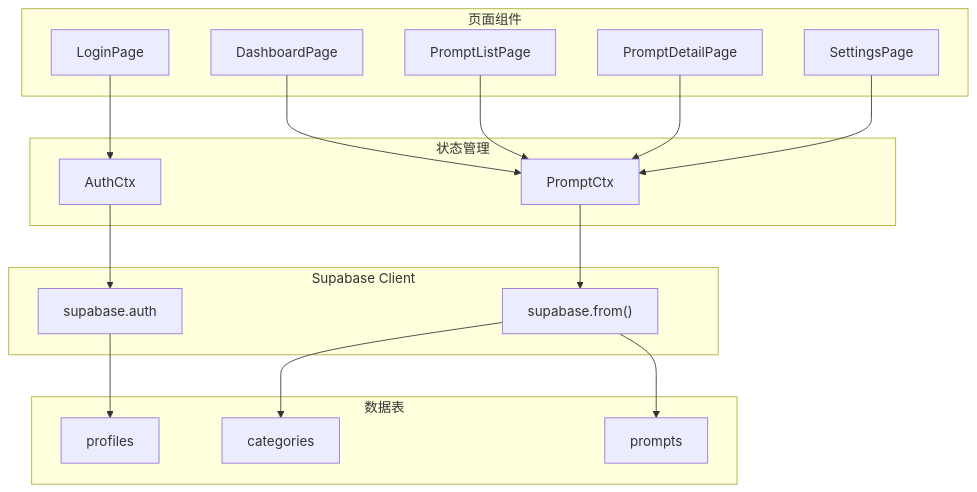
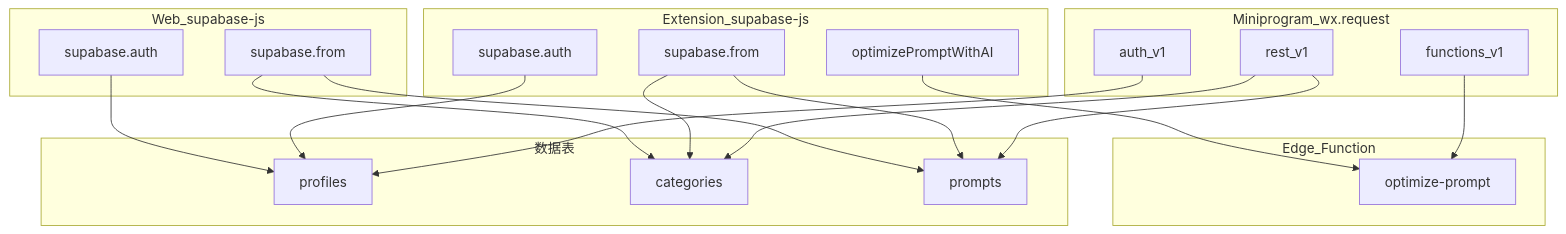
The sixth of 7 diagrams in note/module.mmd (longlong007/PromptsManager), drawn with Mermaid before and after one commit. The commit also changed other lines of this file and 4 other files, not shown here.

Commit message:
doc：修改架构图，模块依赖图，目录树

````diff
--- a/note/module.mmd
+++ b/note/module.mmd
@@ -203,39 +231,38 @@
 ```mermaid
 flowchart TD
-    subgraph Pages["页面组件"]
-        LoginPage
-        DashboardPage
-        PromptListPage
-        PromptDetailPage
-        SettingsPage
+    subgraph WebOps[Web_supabase-js]
+        WAuth[supabase.auth]
+        WDB[supabase.from]
     end
 
-    subgraph Contexts["状态管理"]
-        AuthCtx
-        PromptCtx
+    subgraph ExtOps[Extension_supabase-js]
+        EAuth[supabase.auth]
+        EDB[supabase.from]
+        EFn[optimizePromptWithAI]
     end
 
-    subgraph SupabaseClient["Supabase Client"]
-        Auth["supabase.auth"]
-        DB["supabase.from()"]
+    subgraph MpOps[Miniprogram_wx.request]
+        MAuth[auth_v1]
+        MDB[rest_v1]
+        MFn[functions_v1]
     end
 
-    subgraph Tables["数据表"]
-        Profiles["profiles"]
-        Categories["categories"]
-        Prompts["prompts"]
+    subgraph Tables[数据表]
+        Profiles[profiles]
+        Categories[categories]
+        Prompts[prompts]
     end
 
-    LoginPage --> AuthCtx
-    AuthCtx --> Auth
-    Auth --> Profiles
+    subgraph EdgeFn[Edge_Function]
+        Optimize[optimize-prompt]
+    end
 
-    DashboardPage --> PromptCtx
-    PromptListPage --> PromptCtx
-    PromptDetailPage --> PromptCtx
-    SettingsPage --> PromptCtx
-
-    PromptCtx --> DB
-    DB --> Categories
-    DB --> Prompts
+    WAuth --> Profiles
+    WDB --> Categories & Prompts
+    EAuth --> Profiles
+    EDB --> Categories & Prompts
+    EFn --> Optimize
+    MAuth --> Profiles
+    MDB --> Categories & Prompts
+    MFn --> Optimize
 ```
````
